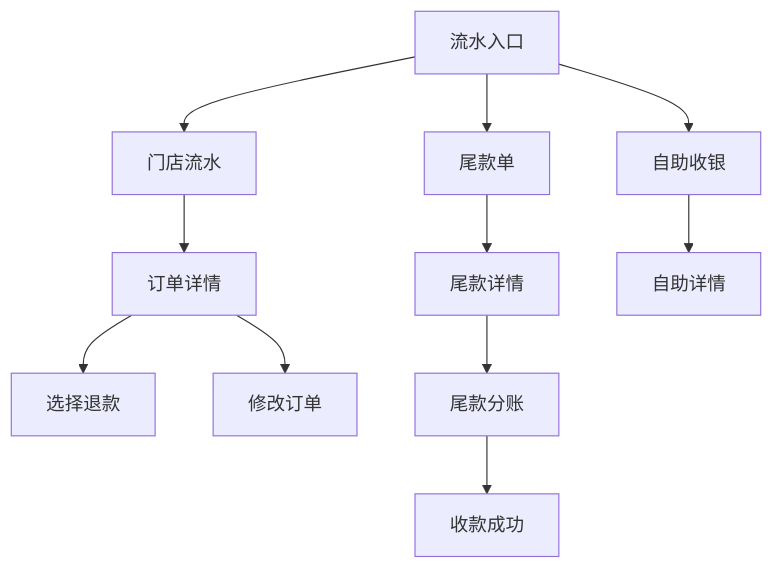
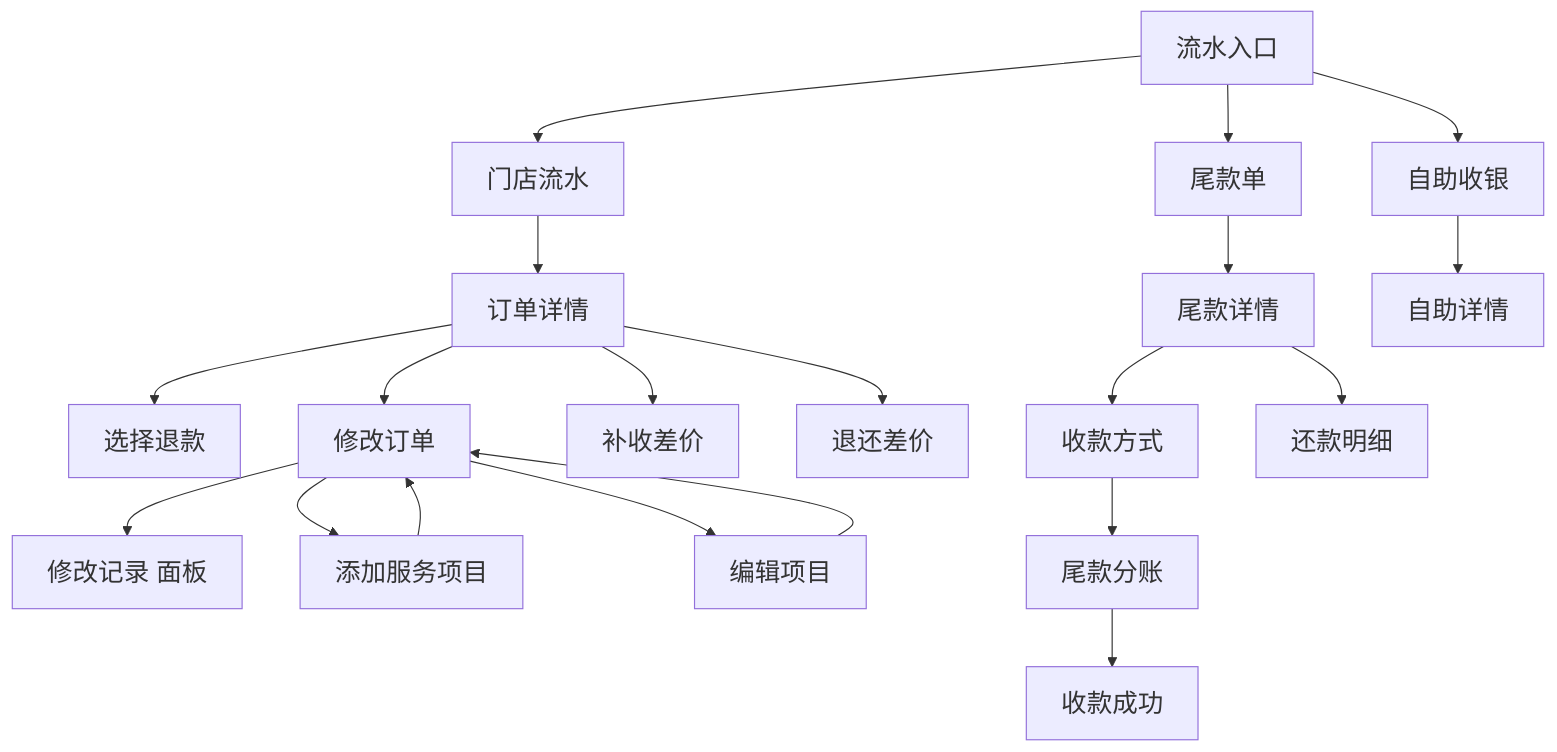
One commit to XDean-Designer/card changed the sixth of 10 diagrams in RTB产品计划概览.md. Above: the diagram before and after it, drawn with Mermaid. The commit also changed other lines of this file and 2 other files, not shown here.

First line of the commit message:
Rewrite overview main-flow diagrams into readable Chinese swimlanes.

````diff
--- a/RTB产品计划概览.md
+++ b/RTB产品计划概览.md
@@ -304,14 +421,41 @@
 ```mermaid
+%%{init: {'themeVariables': {'fontSize': '22px', 'fontFamily': 'PingFang SC, Microsoft YaHei, sans-serif'}}}%%
 flowchart TD
-  hub[流水入口]
-  hub --> list[门店流水]
-  list --> detail[订单详情]
-  detail --> refund[选择退款]
-  detail --> edit[修改订单]
-  hub --> weikuan[尾款单]
-  weikuan --> wkDetail[尾款详情]
-  wkDetail --> wkPay[尾款分账]
-  wkPay --> wkOk[收款成功]
-  hub --> self[自助收银]
-  self --> selfDetail[自助详情]
+  hub["流水入口"]
+  list["门店流水"]
+  detail["订单详情"]
+  refund["选择退款"]
+  edit["修改订单"]
+  editLog["修改记录 面板"]
+  editAdd["添加服务项目"]
+  editItem["编辑项目"]
+  diffC["补收差价"]
+  diffR["退还差价"]
+  weikuan["尾款单"]
+  wkDetail["尾款详情"]
+  wkCheckout["收款方式"]
+  wkPay["尾款分账"]
+  wkOk["收款成功"]
+  wkRepay["还款明细"]
+  self["自助收银"]
+  selfDetail["自助详情"]
+  hub --> list
+  list --> detail
+  detail --> refund
+  detail --> edit
+  edit --> editLog
+  edit --> editAdd
+  editAdd --> edit
+  edit --> editItem
+  editItem --> edit
+  detail --> diffC
+  detail --> diffR
+  hub --> weikuan
+  weikuan --> wkDetail
+  wkDetail --> wkCheckout
+  wkCheckout --> wkPay
+  wkPay --> wkOk
+  wkDetail --> wkRepay
+  hub --> self
+  self --> selfDetail
 ```
````
